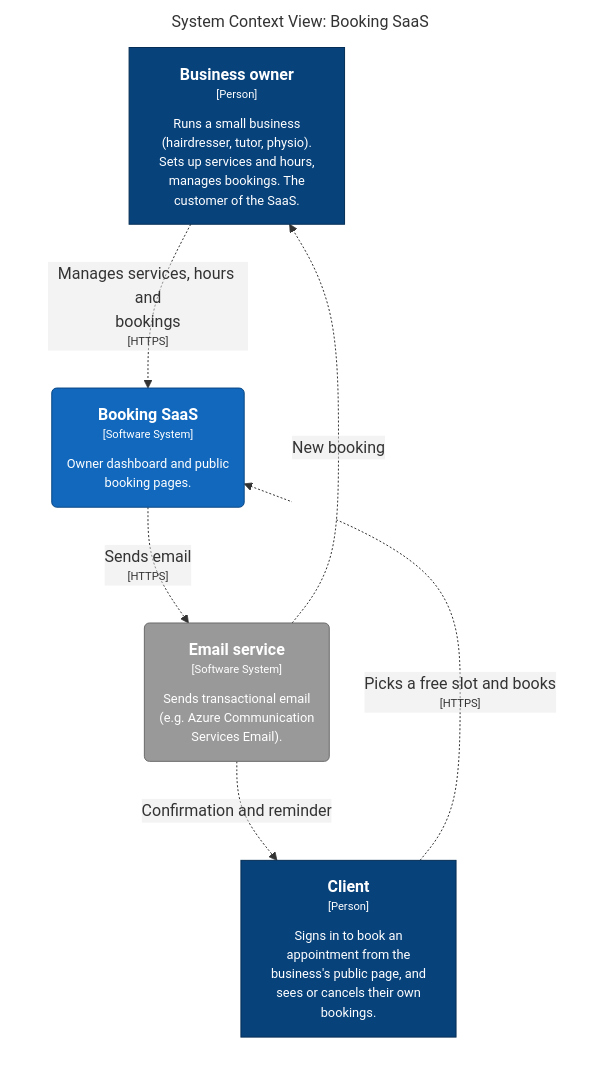
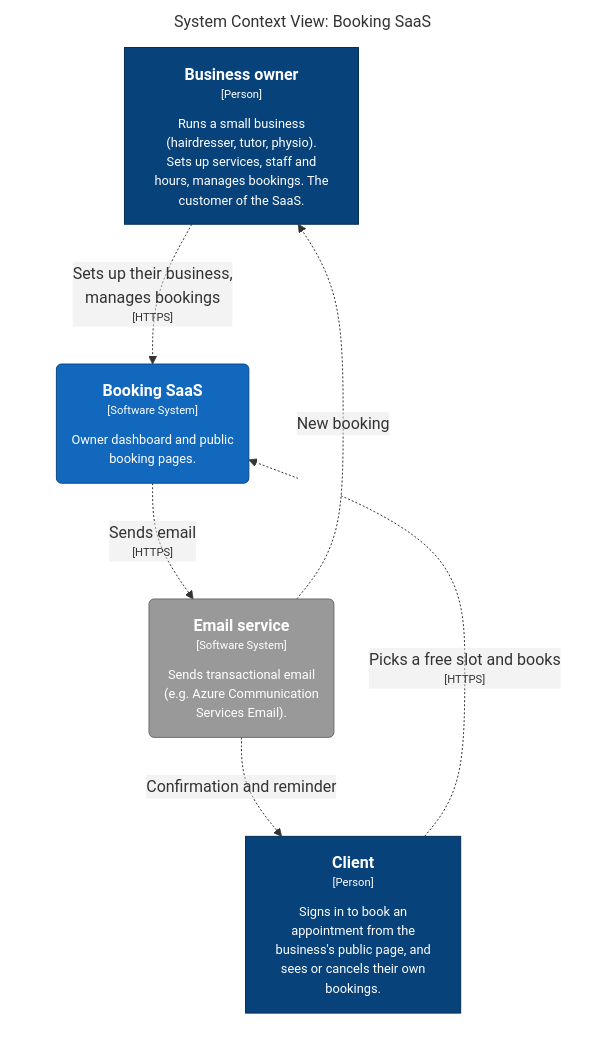
Before and after one commit to radekwojpl2/aspire-showcase: the first of 6 diagrams in docs/architecture/arc42.md, drawn with Mermaid. The commit also changed other lines of this file and 2 other files, not shown here.

Commit message:
Apply the architecture review: overlap constraint, outbox, a database per service, persistent sessions

````diff
--- a/docs/architecture/arc42.md
+++ b/docs/architecture/arc42.md
@@ -29,24 +29,24 @@
 ```mermaid
 graph LR
   linkStyle default fill:#ffffff
 
   subgraph diagram ["System Context View: Booking SaaS"]
     style diagram fill:#ffffff,stroke:#ffffff
 
-    1["<div style='font-weight: bold'>Business owner</div><div style='font-size: 70%; margin-top: 0px'>[Person]</div><div style='font-size: 80%; margin-top:10px'>Runs a small business<br />(hairdresser, tutor, physio).<br />Sets up services and hours,<br />manages bookings. The<br />customer of the SaaS.</div>"]
+    1["<div style='font-weight: bold'>Business owner</div><div style='font-size: 70%; margin-top: 0px'>[Person]</div><div style='font-size: 80%; margin-top:10px'>Runs a small business<br />(hairdresser, tutor, physio).<br />Sets up services, staff and<br />hours, manages bookings. The<br />customer of the SaaS.</div>"]
     style 1 fill:#08427b,stroke:#052e56,color:#ffffff
-    11("<div style='font-weight: bold'>Email service</div><div style='font-size: 70%; margin-top: 0px'>[Software System]</div><div style='font-size: 80%; margin-top:10px'>Sends transactional email<br />(e.g. Azure Communication<br />Services Email).</div>")
-    style 11 fill:#999999,stroke:#6b6b6b,color:#ffffff
+    14("<div style='font-weight: bold'>Email service</div><div style='font-size: 70%; margin-top: 0px'>[Software System]</div><div style='font-size: 80%; margin-top:10px'>Sends transactional email<br />(e.g. Azure Communication<br />Services Email).</div>")
+    style 14 fill:#999999,stroke:#6b6b6b,color:#ffffff
     2["<div style='font-weight: bold'>Client</div><div style='font-size: 70%; margin-top: 0px'>[Person]</div><div style='font-size: 80%; margin-top:10px'>Signs in to book an<br />appointment from the<br />business's public page, and<br />sees or cancels their own<br />bookings.</div>"]
     style 2 fill:#08427b,stroke:#052e56,color:#ffffff
     3("<div style='font-weight: bold'>Booking SaaS</div><div style='font-size: 70%; margin-top: 0px'>[Software System]</div><div style='font-size: 80%; margin-top:10px'>Owner dashboard and public<br />booking pages.</div>")
     style 3 fill:#1168bd,stroke:#0b4884,color:#ffffff
 
-    1-. "<div>Manages services, hours and<br />bookings</div><div style='font-size: 70%'>[HTTPS]</div>" .->3
+    1-. "<div>Sets up their business,<br />manages bookings</div><div style='font-size: 70%'>[HTTPS]</div>" .->3
     2-. "<div>Picks a free slot and books</div><div style='font-size: 70%'>[HTTPS]</div>" .->3
-    11-. "<div>Confirmation and reminder</div><div style='font-size: 70%'></div>" .->2
-    11-. "<div>New booking</div><div style='font-size: 70%'></div>" .->1
-    3-. "<div>Sends email</div><div style='font-size: 70%'>[HTTPS]</div>" .->11
+    14-. "<div>Confirmation and reminder</div><div style='font-size: 70%'></div>" .->2
+    14-. "<div>New booking</div><div style='font-size: 70%'></div>" .->1
+    3-. "<div>Sends email</div><div style='font-size: 70%'>[HTTPS]</div>" .->14
 
   end
 ```
````
